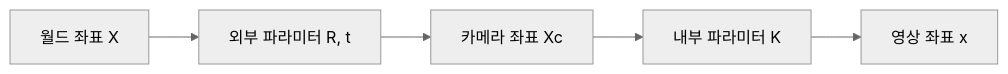
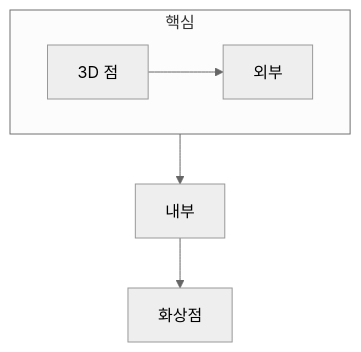
One commit to umyunsang/edu changed the diagram in ComputerScience/03_ai-ml-data/computer-vision/notes/06. 3D 기하와 카메라 파라미터.md. Above: the diagram before and after it, drawn with Mermaid (neutral theme). The commit also changed other lines of this file and 5 other files, not shown here.

````diff
--- a/ComputerScience/03_ai-ml-data/computer-vision/notes/06. 3D 기하와 카메라 파라미터.md
+++ b/ComputerScience/03_ai-ml-data/computer-vision/notes/06. 3D 기하와 카메라 파라미터.md
@@ -50,7 +21,9 @@
 ```mermaid
-flowchart LR
-    A["월드 좌표 X"] --> B["외부 파라미터 R, t"]
-    B --> C["카메라 좌표 Xc"]
-    C --> D["내부 파라미터 K"]
-    D --> E["영상 좌표 x"]
+flowchart TB
+    subgraph Core[핵심]
+        direction LR
+        A[3D 점] --> B[외부]
+    end
+    B --> C[내부]
+    C --> D[화상점]
 ```
````
